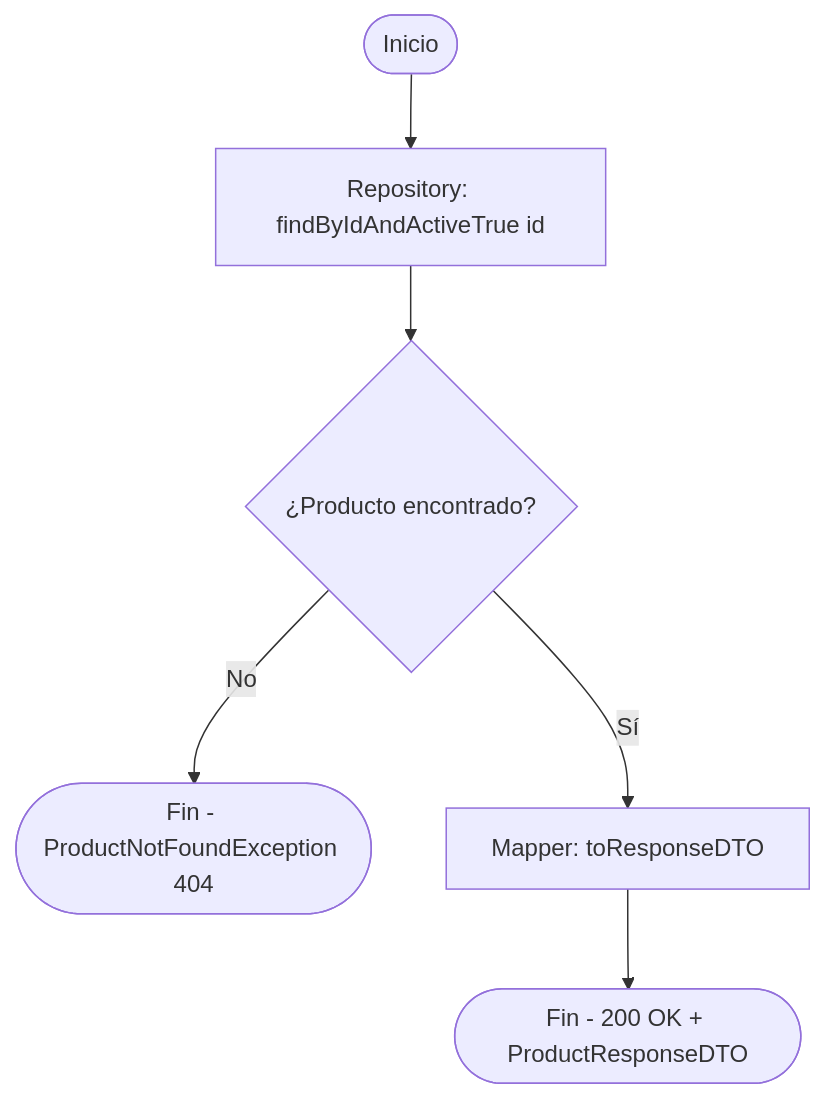
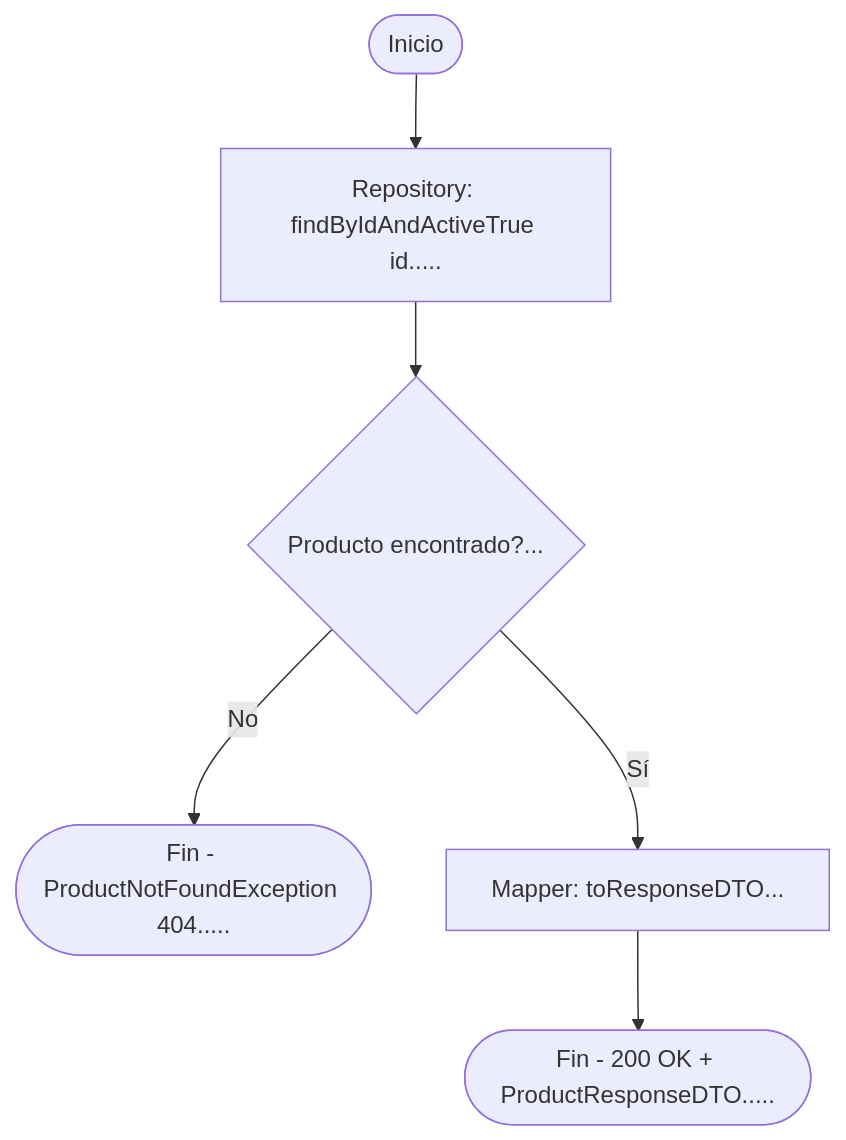
The diagram in docs/system-flows/products/flow-get-product-by-id.md (dazayamil/Sales-Management-API), drawn with Mermaid before and after one commit. The commit also changed 5 other files, not shown here.

````diff
--- a/docs/system-flows/products/flow-get-product-by-id.md
+++ b/docs/system-flows/products/flow-get-product-by-id.md
@@ -3,8 +3,8 @@
 ```mermaid
 flowchart TD
-    A([Inicio]) --> B[Repository: findByIdAndActiveTrue id]
-    B --> C{¿Producto encontrado?}
-    C -->|No| D([Fin - ProductNotFoundException 404])
-    C -->|Sí| E[Mapper: toResponseDTO]
-    E --> F([Fin - 200 OK + ProductResponseDTO])
+    A([Inicio]) --> B[Repository: findByIdAndActiveTrue id.....]
+    B --> C{Producto encontrado?...}
+    C -->|No| D([Fin - ProductNotFoundException 404.....])
+    C -->|Sí| E[Mapper: toResponseDTO...]
+    E --> F([Fin - 200 OK + ProductResponseDTO.....])
 ```
````
